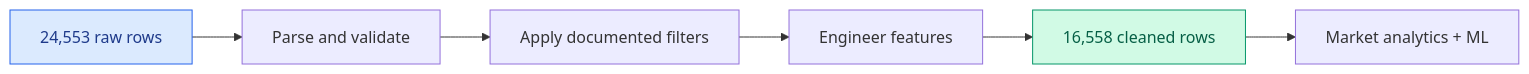
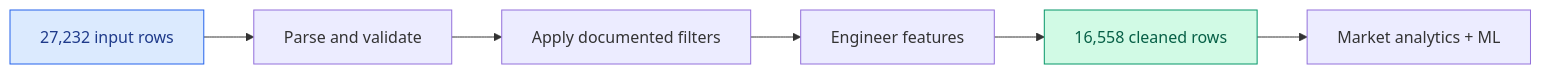
The second of 4 diagrams in README.md (Bou-eng/market-analyzer), drawn with Mermaid before and after one commit. The commit also changed other lines of this file, not shown here.

````diff
--- a/README.md
+++ b/README.md
@@ -147,11 +147,11 @@
 ```mermaid
 flowchart LR
-    A["24,553 raw rows"] --> B["Parse and validate"]
+    A["27,232 input rows"] --> B["Parse and validate"]
     B --> C["Apply documented filters"]
     C --> D["Engineer features"]
     D --> E["16,558 cleaned rows"]
     E --> F["Market analytics + ML"]
 
     style A fill:#dbeafe,stroke:#2563eb,color:#1e3a8a
     style E fill:#d1fae5,stroke:#059669,color:#065f46
 ```
````
